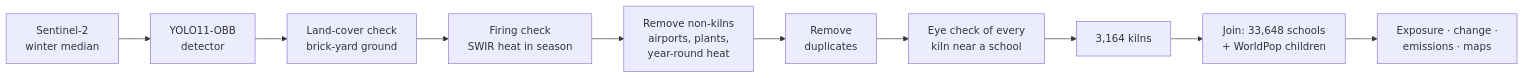
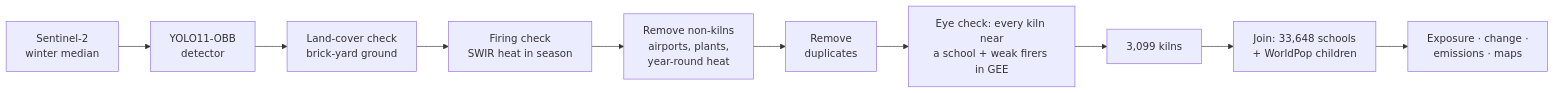
One commit to rashmi049-clutch/kilnwatch changed the diagram in README.md. Above: the diagram before and after it, drawn with Mermaid. The commit also changed other lines of this file and 35 other files, not shown here.

First line of the commit message:
GEE re-check of kilns away from schools; 65 more non-kilns removed

````diff
--- a/README.md
+++ b/README.md
@@ -55,12 +55,12 @@
 ```mermaid
 flowchart LR
     A[Sentinel-2<br>winter median] --> B[YOLO11-OBB<br>detector]
     B --> C[Land-cover check<br>brick-yard ground]
     C --> D[Firing check<br>SWIR heat in season]
     D --> E[Remove non-kilns<br>airports, plants,<br>year-round heat]
     E --> F[Remove<br>duplicates]
-    F --> V[Eye check of every<br>kiln near a school]
-    V --> G[3,164 kilns]
+    F --> V[Eye check: every kiln near<br>a school + weak firers in GEE]
+    V --> G[3,099 kilns]
     G --> H[Join: 33,648 schools<br>+ WorldPop children]
     H --> I[Exposure · change ·<br>emissions · maps]
 ```
````
